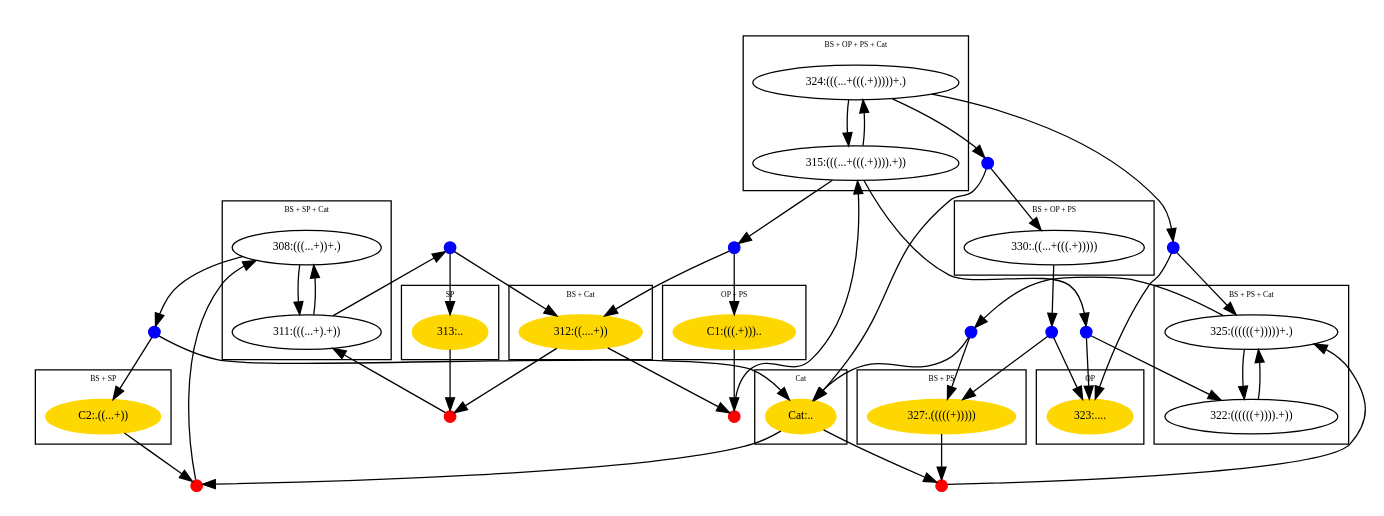
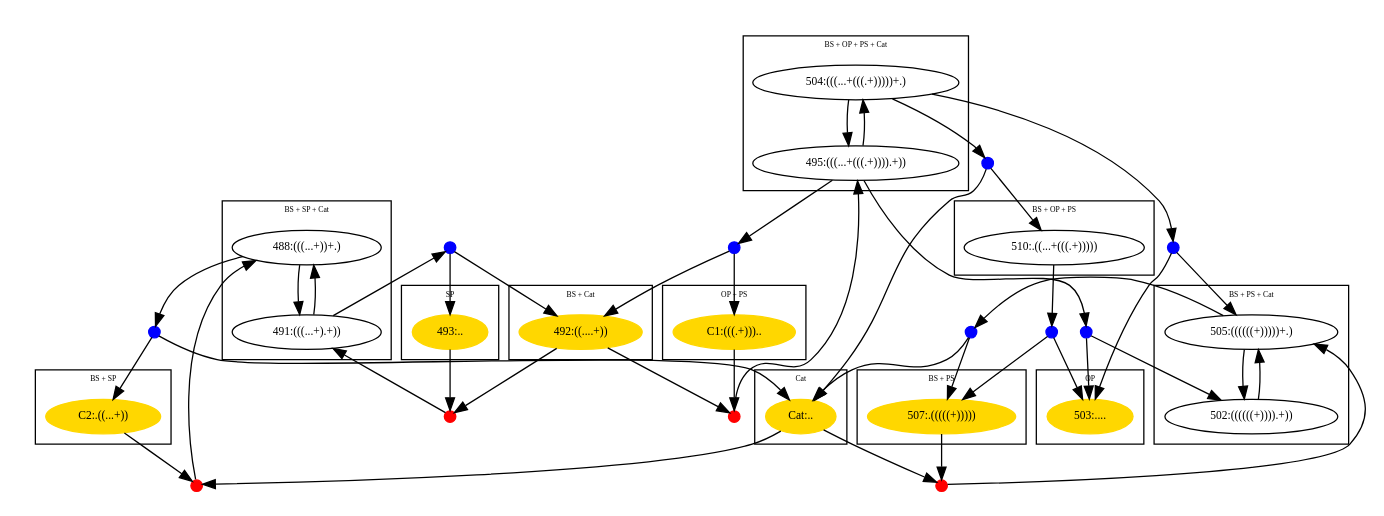
Before and after one commit to DNA-and-Natural-Algorithms-Group/peppercornenumerator: the diagram in test_files/testOutputFullGraph.out.dot, drawn with Graphviz. The commit also changed 16 other files, not shown here.

```diff
--- a/test_files/testOutputFullGraph.out.dot
+++ b/test_files/testOutputFullGraph.out.dot
@@ -1,117 +1,117 @@
 digraph G {
 size="7,10"
 page="8.5,11"
 node[width=0.25,height=0.375,fontsize=9]
 subgraph cluster0 {
 label="BS + SP + Cat"
 fontsize=6
-308 [label="308:(((...+))+.)"];
-311 [label="311:(((...+).+))"];
+488 [label="488:(((...+))+.)"];
+491 [label="491:(((...+).+))"];
 }
 subgraph cluster1 {
 label="BS + OP + PS"
 fontsize=6
-330 [label="330:.((...+(((.+)))))"];
+510 [label="510:.((...+(((.+)))))"];
 }
 subgraph cluster2 {
 label="BS + OP + PS + Cat"
 fontsize=6
-324 [label="324:(((...+(((.+)))))+.)"];
-315 [label="315:(((...+(((.+)))).+))"];
+504 [label="504:(((...+(((.+)))))+.)"];
+495 [label="495:(((...+(((.+)))).+))"];
 }
 subgraph cluster3 {
 label="BS + PS + Cat"
 fontsize=6
-325 [label="325:((((((+)))))+.)"];
-322 [label="322:((((((+)))).+))"];
+505 [label="505:((((((+)))))+.)"];
+502 [label="502:((((((+)))).+))"];
 }
 subgraph cluster4 {
 label="Cat"
 fontsize=6
 Cat [label="Cat:..",style=filled,color=gold1];
 }
 subgraph cluster5 {
 label="OP + PS"
 fontsize=6
 C1 [label="C1:(((.+)))..",style=filled,color=gold1];
 }
 subgraph cluster6 {
 label="BS + SP"
 fontsize=6
 C2 [label="C2:.((...+))",style=filled,color=gold1];
 }
 subgraph cluster7 {
 label="SP"
 fontsize=6
-313 [label="313:..",style=filled,color=gold1];
+493 [label="493:..",style=filled,color=gold1];
 }
 subgraph cluster8 {
 label="BS + Cat"
 fontsize=6
-312 [label="312:((....+))",style=filled,color=gold1];
+492 [label="492:((....+))",style=filled,color=gold1];
 }
 subgraph cluster9 {
 label="OP"
 fontsize=6
-323 [label="323:....",style=filled,color=gold1];
+503 [label="503:....",style=filled,color=gold1];
 }
 subgraph cluster10 {
 label="BS + PS"
 fontsize=6
-327 [label="327:.(((((+)))))",style=filled,color=gold1];
+507 [label="507:.(((((+)))))",style=filled,color=gold1];
 }
 R_0 [label="",shape=circle,height=0.12,width=0.12,fontsize=1,style=filled,color=red];
 C2 -> R_0
 Cat -> R_0
-R_0 -> 308
+R_0 -> 488
 R_1 [label="",shape=circle,height=0.12,width=0.12,fontsize=1,style=filled,color=blue];
-308 -> R_1
+488 -> R_1
 R_1 -> C2
 R_1 -> Cat
-308 -> 311
+488 -> 491
 R_3 [label="",shape=circle,height=0.12,width=0.12,fontsize=1,style=filled,color=blue];
-311 -> R_3
-R_3 -> 312
-R_3 -> 313
-311 -> 308
+491 -> R_3
+R_3 -> 492
+R_3 -> 493
+491 -> 488
 R_5 [label="",shape=circle,height=0.12,width=0.12,fontsize=1,style=filled,color=red];
-312 -> R_5
+492 -> R_5
 C1 -> R_5
-R_5 -> 315
+R_5 -> 495
 R_6 [label="",shape=circle,height=0.12,width=0.12,fontsize=1,style=filled,color=red];
-312 -> R_6
-313 -> R_6
-R_6 -> 311
+492 -> R_6
+493 -> R_6
+R_6 -> 491
 R_7 [label="",shape=circle,height=0.12,width=0.12,fontsize=1,style=filled,color=blue];
-315 -> R_7
-R_7 -> 312
+495 -> R_7
+R_7 -> 492
 R_7 -> C1
-315 -> 324
+495 -> 504
 R_9 [label="",shape=circle,height=0.12,width=0.12,fontsize=1,style=filled,color=blue];
-315 -> R_9
-R_9 -> 322
-R_9 -> 323
-322 -> 325
+495 -> R_9
+R_9 -> 502
+R_9 -> 503
+502 -> 505
 R_11 [label="",shape=circle,height=0.12,width=0.12,fontsize=1,style=filled,color=blue];
-325 -> R_11
-R_11 -> 327
+505 -> R_11
+R_11 -> 507
 R_11 -> Cat
-325 -> 322
+505 -> 502
 R_13 [label="",shape=circle,height=0.12,width=0.12,fontsize=1,style=filled,color=blue];
-324 -> R_13
-R_13 -> 330
+504 -> R_13
+R_13 -> 510
 R_13 -> Cat
-324 -> 315
+504 -> 495
 R_15 [label="",shape=circle,height=0.12,width=0.12,fontsize=1,style=filled,color=blue];
-324 -> R_15
-R_15 -> 325
-R_15 -> 323
+504 -> R_15
+R_15 -> 505
+R_15 -> 503
 R_16 [label="",shape=circle,height=0.12,width=0.12,fontsize=1,style=filled,color=blue];
-330 -> R_16
-R_16 -> 327
-R_16 -> 323
+510 -> R_16
+R_16 -> 507
+R_16 -> 503
 R_17 [label="",shape=circle,height=0.12,width=0.12,fontsize=1,style=filled,color=red];
-327 -> R_17
+507 -> R_17
 Cat -> R_17
-R_17 -> 325
+R_17 -> 505
 }
```
